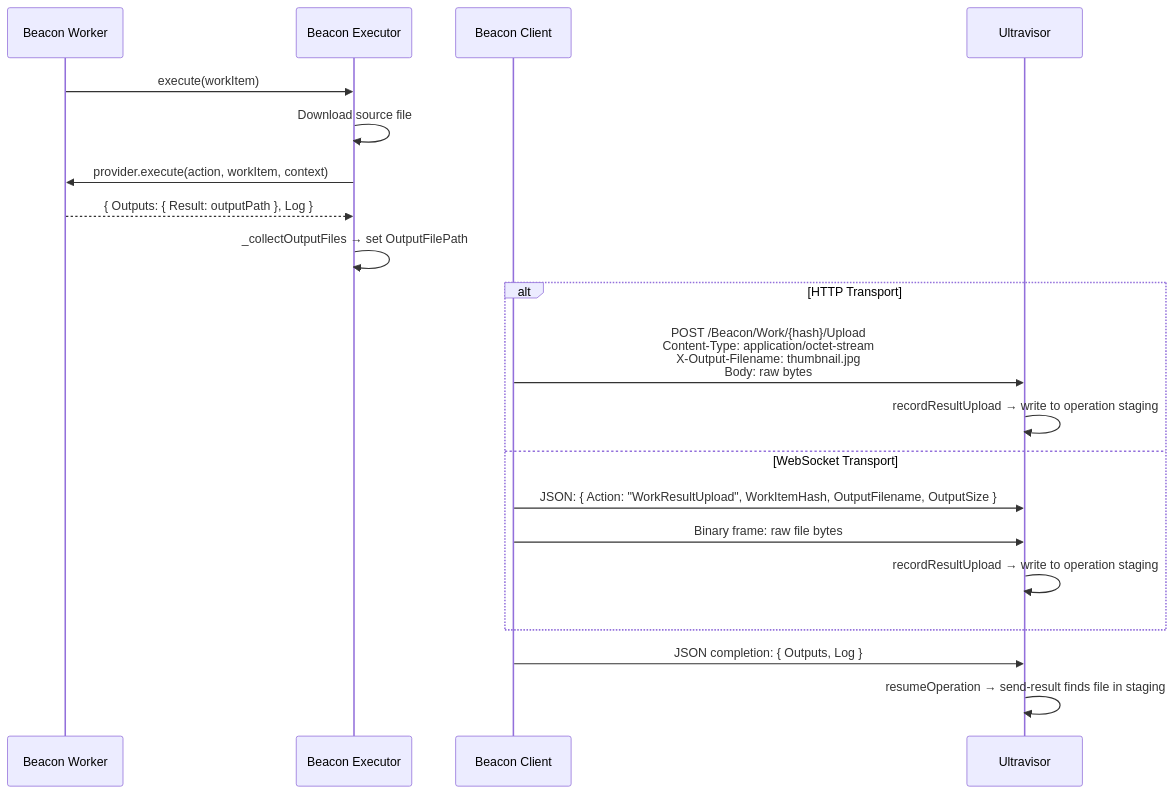
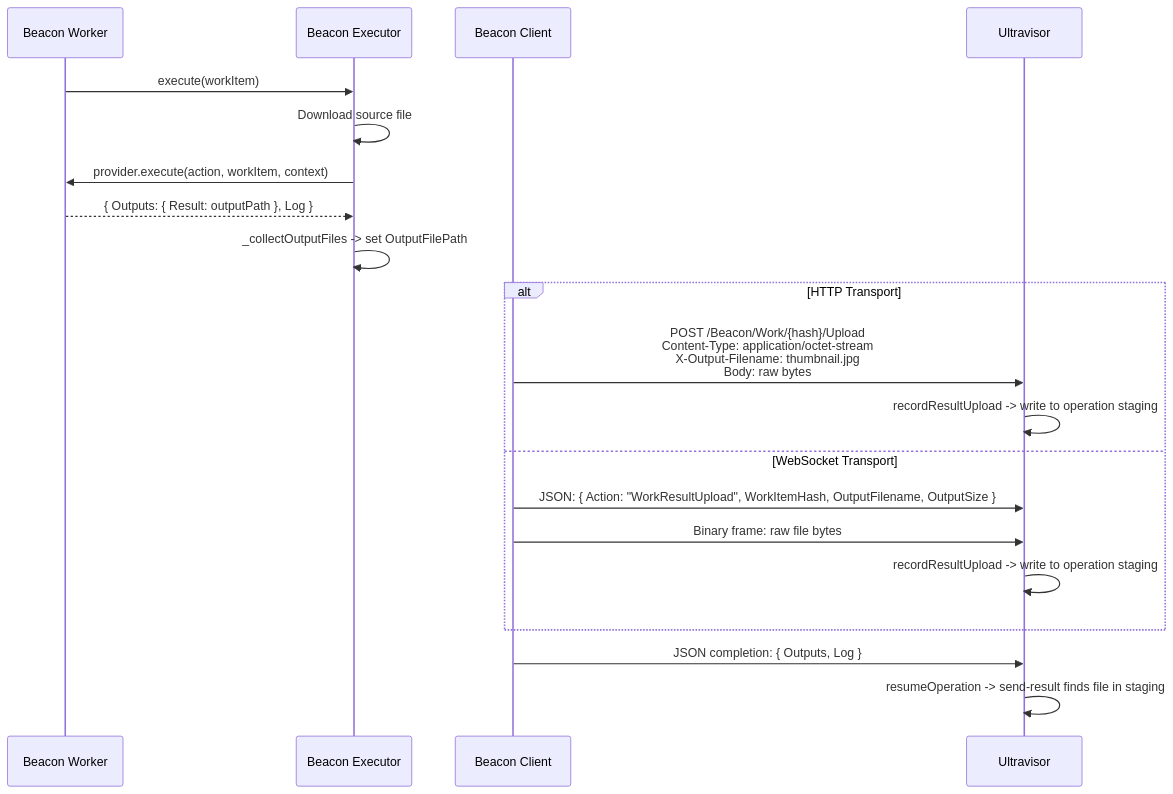
One commit to stevenvelozo/ultravisor changed the second of 2 diagrams in docs/features/platform-cards.md. Above: the diagram before and after it, drawn with Mermaid. The commit also changed other lines of this file and 18 other files, not shown here.

````diff
--- a/docs/features/platform-cards.md
+++ b/docs/features/platform-cards.md
@@ -121,25 +121,25 @@
 ```mermaid
 sequenceDiagram
     participant Beacon as Beacon Worker
     participant Exec as Beacon Executor
     participant Client as Beacon Client
     participant UV as Ultravisor
 
     Beacon->>Exec: execute(workItem)
     Exec->>Exec: Download source file
     Exec->>Beacon: provider.execute(action, workItem, context)
     Beacon-->>Exec: { Outputs: { Result: outputPath }, Log }
-    Exec->>Exec: _collectOutputFiles → set OutputFilePath
+    Exec->>Exec: _collectOutputFiles -> set OutputFilePath
 
     alt HTTP Transport
         Client->>UV: POST /Beacon/Work/{hash}/Upload<br/>Content-Type: application/octet-stream<br/>X-Output-Filename: thumbnail.jpg<br/>Body: raw bytes
-        UV->>UV: recordResultUpload → write to operation staging
+        UV->>UV: recordResultUpload -> write to operation staging
     else WebSocket Transport
         Client->>UV: JSON: { Action: "WorkResultUpload", WorkItemHash, OutputFilename, OutputSize }
         Client->>UV: Binary frame: raw file bytes
-        UV->>UV: recordResultUpload → write to operation staging
+        UV->>UV: recordResultUpload -> write to operation staging
     end
 
     Client->>UV: JSON completion: { Outputs, Log }
-    UV->>UV: resumeOperation → send-result finds file in staging
+    UV->>UV: resumeOperation -> send-result finds file in staging
 ```
````
